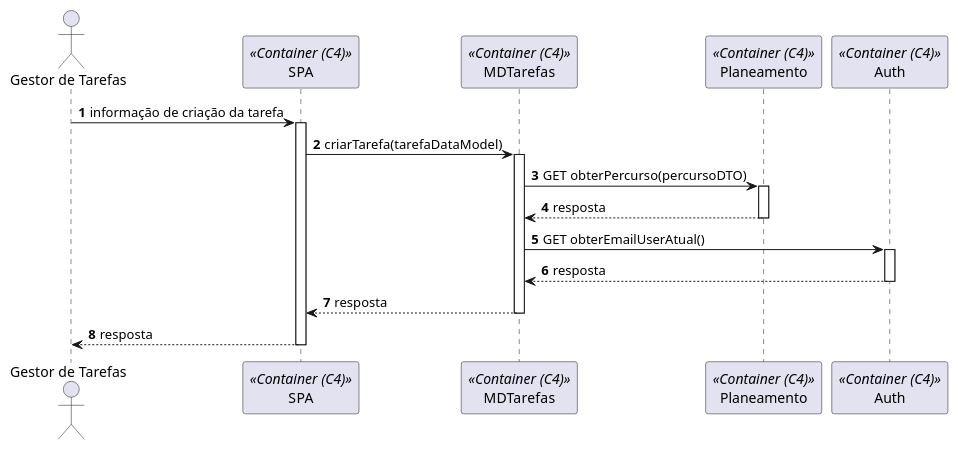
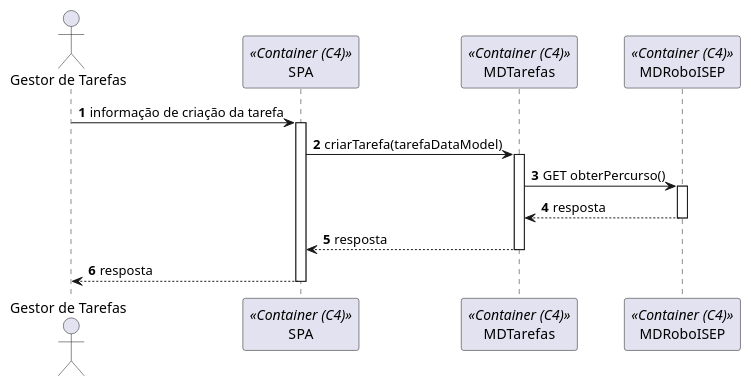
Before and after one commit to SEM5PI2324G58/sem5pi_g58_23_24: the diagram in docs/Sprint_C/US_460/US_460.2/N2/N2_VP.puml, drawn with PlantUML. The commit also changed 7 other files, not shown here.

```diff
--- a/docs/Sprint_C/US_460/US_460.2/N2/N2_VP.puml
+++ b/docs/Sprint_C/US_460/US_460.2/N2/N2_VP.puml
@@ -1,20 +1,16 @@
 autonumber
 
 actor "Gestor de Tarefas" as actor
 participant SPA as fe <<Container (C4)>>
 participant MDTarefas as mdT <<Container (C4)>>
-participant Planeamento as plan <<Container (C4)>>
-participant Auth as auth <<Container (C4)>>
+participant MDRoboISEP as mdri <<Container (C4)>>
 
 actor -> fe: informação de criação da tarefa
 activate fe
 fe	-> mdT: criarTarefa(tarefaDataModel)
 activate mdT
-mdT	-> plan: GET obterPercurso(percursoDTO)
-activate plan
-return resposta
-mdT -> auth: GET obterEmailUserAtual()
-activate auth
+mdT	-> mdri: GET obterPercurso()
+activate mdri
 return resposta
 return resposta
 return resposta
```
